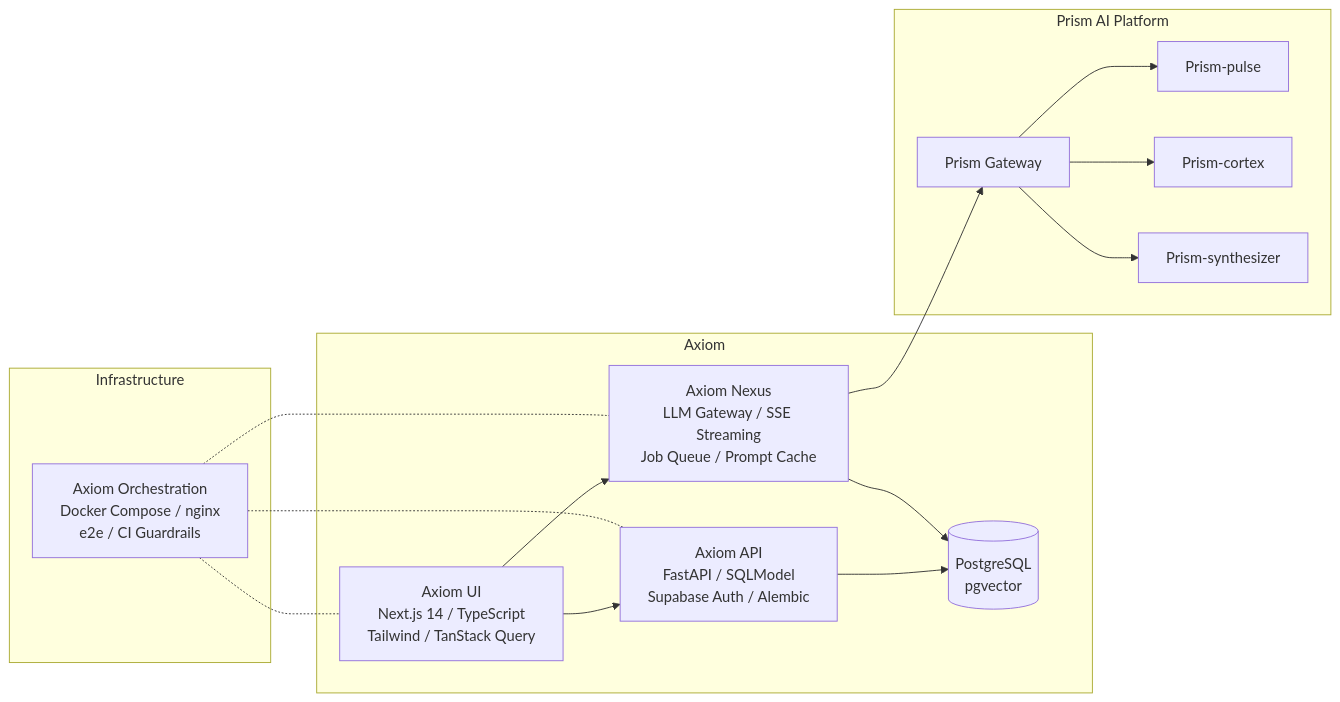
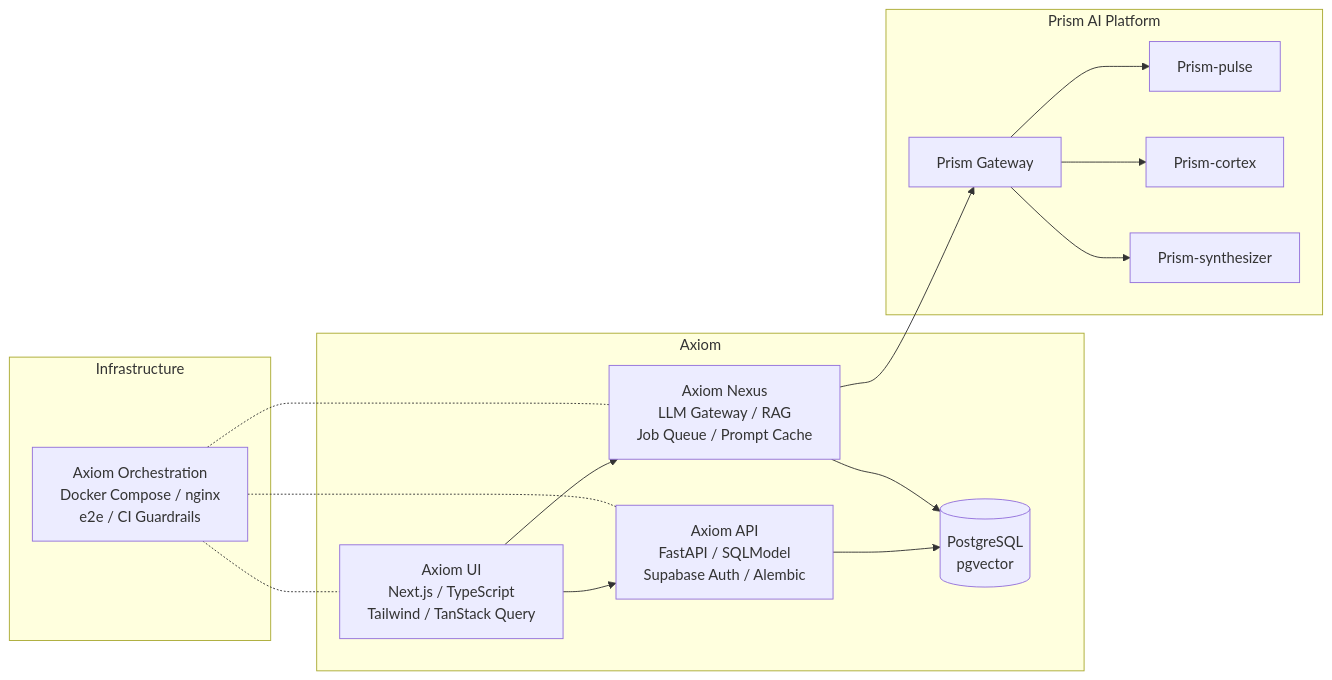
The second of 3 diagrams in README.md (vsinghal3737/vsinghal3737), drawn with Mermaid before and after one commit. The commit also changed other lines of this file, not shown here.

````diff
--- a/README.md
+++ b/README.md
@@ -44,28 +44,28 @@
 ```mermaid
 flowchart LR
     subgraph Axiom
-        UI["Axiom UI<br/>Next.js 14 / TypeScript<br/>Tailwind / TanStack Query"]
+        UI["Axiom UI<br/>Next.js / TypeScript<br/>Tailwind / TanStack Query"]
         API["Axiom API<br/>FastAPI / SQLModel<br/>Supabase Auth / Alembic"]
-        Nexus["Axiom Nexus<br/>LLM Gateway / SSE Streaming<br/>Job Queue / Prompt Cache"]
+        Nexus["Axiom Nexus<br/>LLM Gateway / RAG<br/>Job Queue / Prompt Cache"]
         PG[("PostgreSQL<br/>pgvector")]
     end
 
     subgraph Prism["Prism AI Platform"]
         Gateway["Prism Gateway"]
         Pulse["Prism-pulse"]
         Cortex["Prism-cortex"]
         Synthesizer["Prism-synthesizer"]
     end
 
     subgraph Infra["Infrastructure"]
         Orch["Axiom Orchestration<br/>Docker Compose / nginx<br/>e2e / CI Guardrails"]
     end
 
     UI --> API
     UI --> Nexus
     Nexus --> Gateway
     Gateway --> Pulse & Cortex & Synthesizer
     API --> PG
     Nexus --> PG
     Orch -.- UI & API & Nexus
 ```
````
